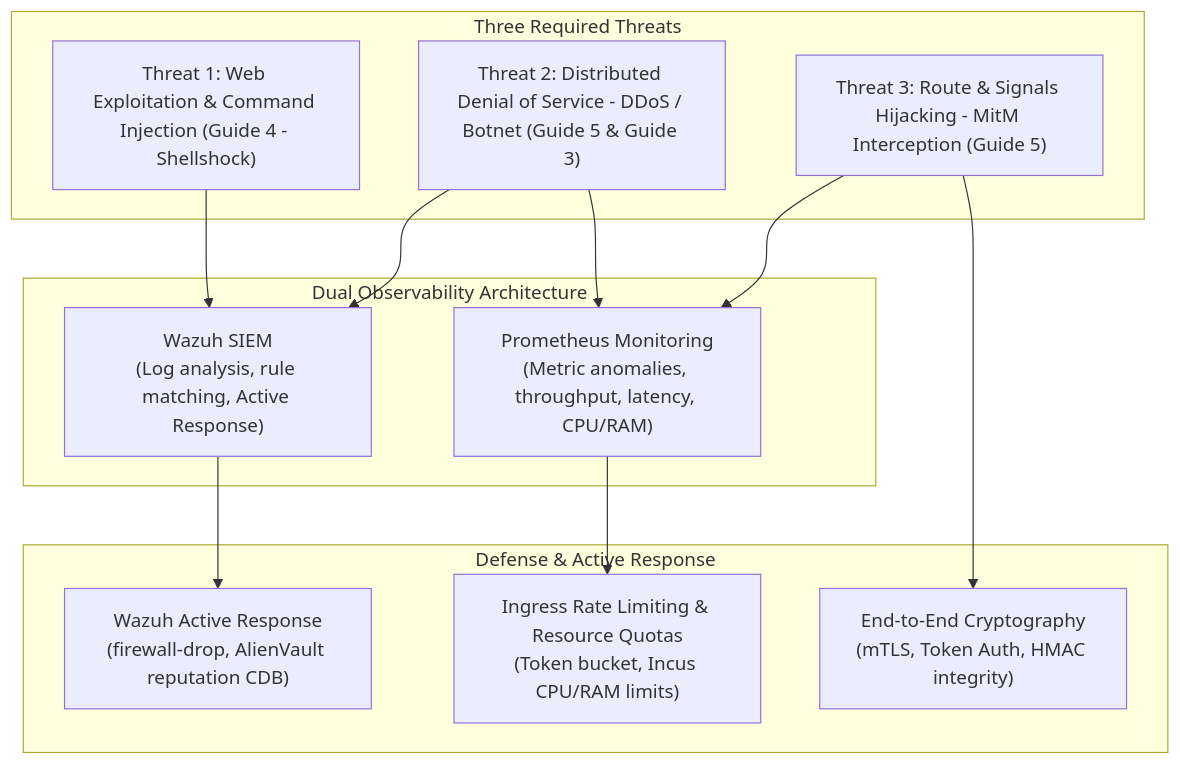
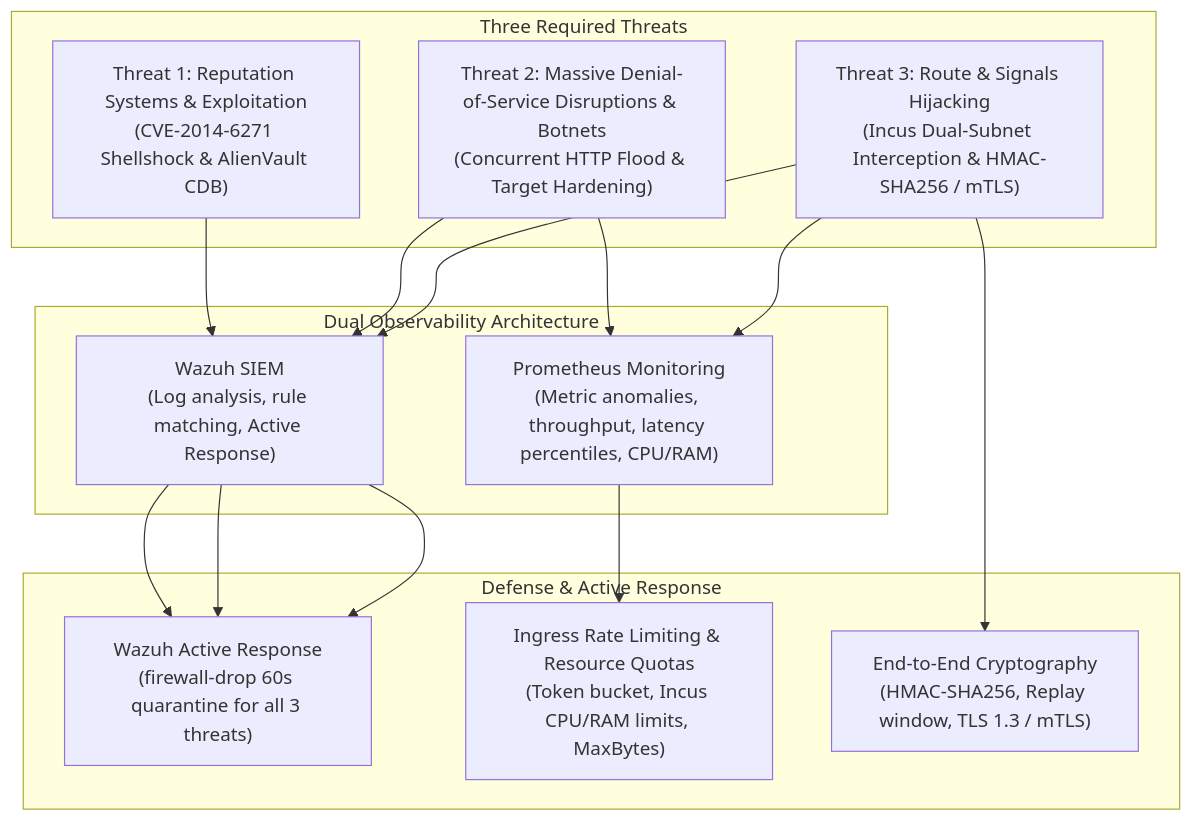
Before and after one commit to pedroMPMartins/SSLE_proj1: the diagram in report.md, drawn with Mermaid. The commit also changed other lines of this file and 9 other files, not shown here.

````diff
--- a/report.md
+++ b/report.md
@@ -170,25 +170,26 @@
 ```mermaid
 flowchart TD
     subgraph Three Required Threats
-        T1["Threat 1: Web Exploitation & Command Injection (Guide 4 - Shellshock)"]
-        T2["Threat 2: Distributed Denial of Service - DDoS / Botnet (Guide 5 & Guide 3)"]
-        T3["Threat 3: Route & Signals Hijacking - MitM Interception (Guide 5)"]
+        T1["Threat 1: Reputation Systems & Exploitation<br>(CVE-2014-6271 Shellshock & AlienVault CDB)"]
+        T2["Threat 2: Massive Denial-of-Service Disruptions & Botnets<br>(Concurrent HTTP Flood & Target Hardening)"]
+        T3["Threat 3: Route & Signals Hijacking<br>(Incus Dual-Subnet Interception & HMAC-SHA256 / mTLS)"]
     end
 
     subgraph Dual Observability Architecture
-        PROM["Prometheus Monitoring<br>(Metric anomalies, throughput, latency, CPU/RAM)"]
+        PROM["Prometheus Monitoring<br>(Metric anomalies, throughput, latency percentiles, CPU/RAM)"]
         WAZUH["Wazuh SIEM<br>(Log analysis, rule matching, Active Response)"]
     end
 
     subgraph Defense & Active Response
-        D1["Wazuh Active Response<br>(firewall-drop, AlienVault reputation CDB)"]
-        D2["Ingress Rate Limiting & Resource Quotas<br>(Token bucket, Incus CPU/RAM limits)"]
-        D3["End-to-End Cryptography<br>(mTLS, Token Auth, HMAC integrity)"]
+        D1["Wazuh Active Response<br>(firewall-drop 60s quarantine for all 3 threats)"]
+        D2["Ingress Rate Limiting & Resource Quotas<br>(Token bucket, Incus CPU/RAM limits, MaxBytes)"]
+        D3["End-to-End Cryptography<br>(HMAC-SHA256, Replay window, TLS 1.3 / mTLS)"]
     end
 
     T1 --> WAZUH --> D1
     T2 --> PROM --> D2
-    T2 --> WAZUH
+    T2 --> WAZUH --> D1
     T3 --> PROM
     T3 --> D3
+    T3 --> WAZUH --> D1
 ```
````
